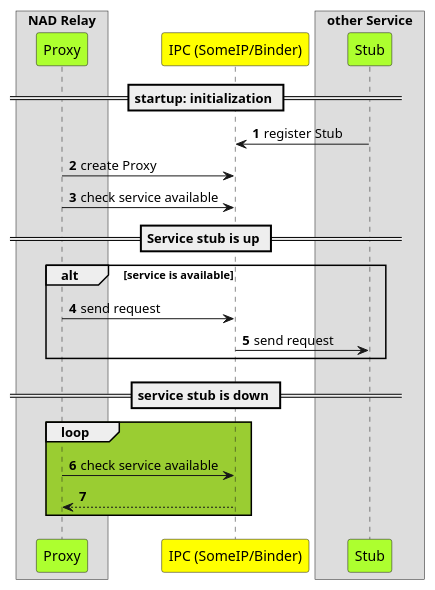
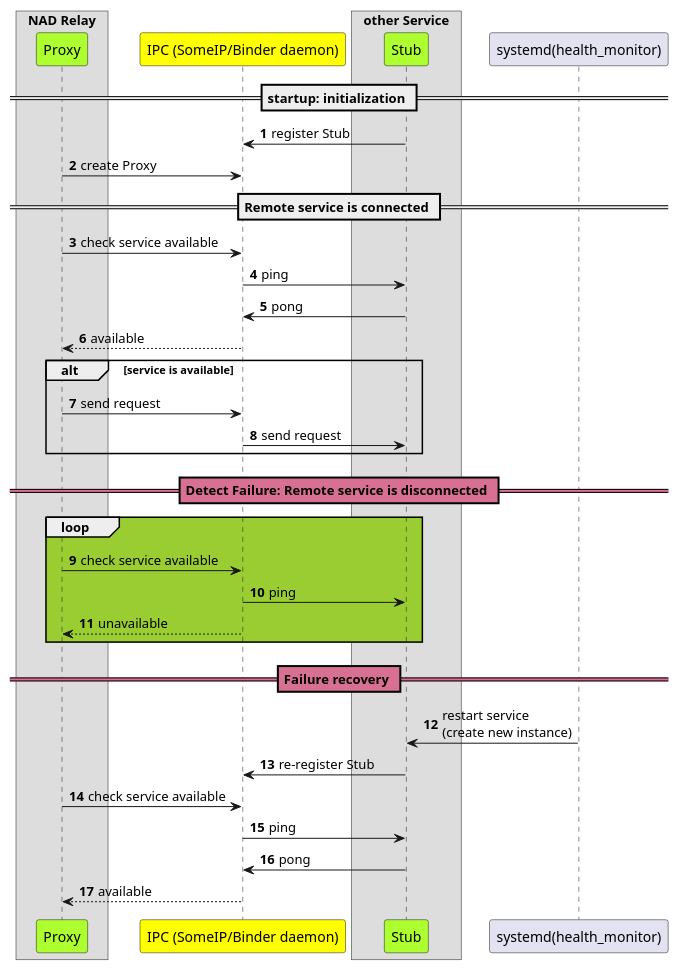
Before and after one commit to taikt/codefun: the first of 3 diagrams in doc/SA cert/Design/remote_availability.wsd, drawn with PlantUML. The commit also changed other lines of this file and 7 other files, not shown here.

```diff
--- a/doc/SA cert/Design/remote_availability.wsd
+++ b/doc/SA cert/Design/remote_availability.wsd
@@ -4,38 +4,54 @@
 @startuml
 !pragma teoz true
 autonumber
 'autoactivate on
 
 Box "NAD Relay" 
 participant "Proxy" as prox #GreenYellow
 end box
 
-participant "IPC (SomeIP/Binder)" as bin #Yellow
+participant "IPC (SomeIP/Binder daemon)" as bin #Yellow
 
 Box "other Service" 
 participant "Stub" as stub #GreenYellow
 end box
 
+participant "systemd(health_monitor)" as syst 
 == startup: initialization ==
 stub -> bin: register Stub
 
 prox -> bin: create Proxy
 
+== Remote service is connected ==
 prox -> bin: check service available
 
-
-== Service stub is up ==
+bin -> stub: ping
+stub -> bin: pong
+bin --> prox: available
 
 alt service is available
 prox -> bin: send request
 bin -> stub: send request
 
 end 
 
-== service stub is down ==
+skinparam SequenceDividerBackgroundColor #PaleVioletRed
+ == Detect Failure: Remote service is disconnected == 
 
-loop #YellowGreen
+loop #YellowGreen 
 prox -> bin: check service available
-bin --> prox: 
+bin -> stub: ping
+bin --> prox: unavailable
+
 end loop
+
+== Failure recovery ==
+syst -> stub: restart service \n(create new instance)
+stub -> bin: re-register Stub
+
+prox -> bin: check service available
+
+bin -> stub: ping
+stub -> bin: pong
+bin --> prox: available
 @enduml
```
